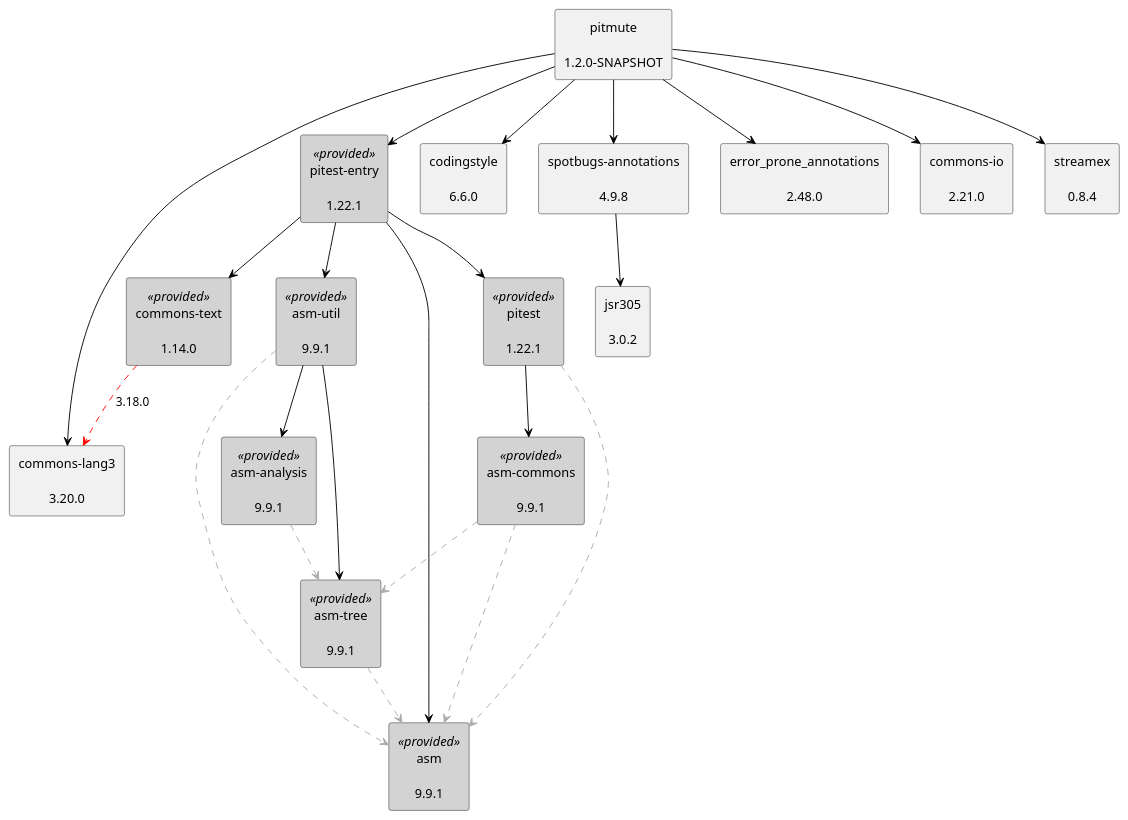
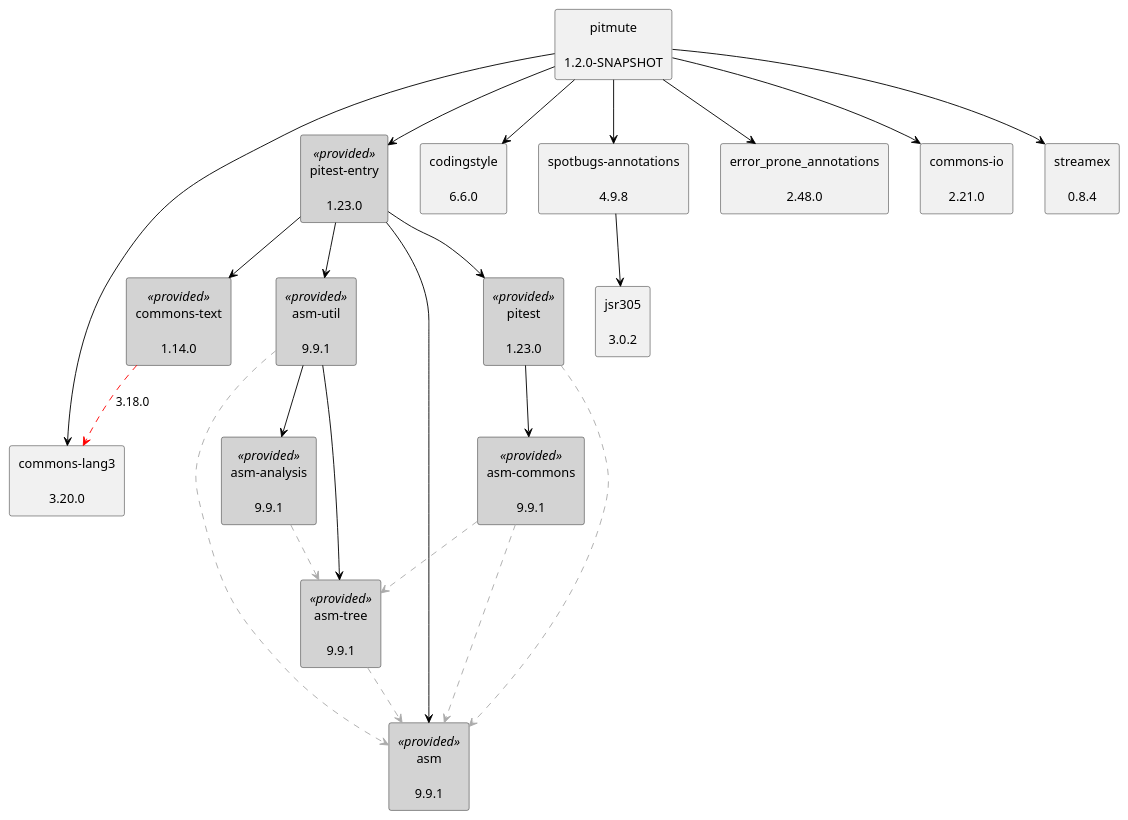
The diagram in doc/dependency-graph.puml (uhafner/pitmute), drawn with PlantUML before and after one commit.

Commit message:
Update dependency graph to latest versions from POM

```diff
--- a/doc/dependency-graph.puml
+++ b/doc/dependency-graph.puml
@@ -1,47 +1,47 @@
 @startuml
 skinparam defaultTextAlignment center
 skinparam rectangle {
   BackgroundColor<<optional>> beige
   BackgroundColor<<test>> lightGreen
   BackgroundColor<<runtime>> lightBlue
   BackgroundColor<<provided>> lightGray
 }
-rectangle "pitest\n\n1.22.1" as org_pitest_pitest_jar<<provided>>
+rectangle "pitest\n\n1.23.0" as org_pitest_pitest_jar<<provided>>
 rectangle "asm\n\n9.9.1" as org_ow2_asm_asm_jar<<provided>>
 rectangle "asm-commons\n\n9.9.1" as org_ow2_asm_asm_commons_jar<<provided>>
 rectangle "asm-tree\n\n9.9.1" as org_ow2_asm_asm_tree_jar<<provided>>
-rectangle "pitest-entry\n\n1.22.1" as org_pitest_pitest_entry_jar<<provided>>
+rectangle "pitest-entry\n\n1.23.0" as org_pitest_pitest_entry_jar<<provided>>
 rectangle "asm-util\n\n9.9.1" as org_ow2_asm_asm_util_jar<<provided>>
 rectangle "asm-analysis\n\n9.9.1" as org_ow2_asm_asm_analysis_jar<<provided>>
 rectangle "commons-text\n\n1.14.0" as org_apache_commons_commons_text_jar<<provided>>
 rectangle "commons-lang3\n\n3.20.0" as org_apache_commons_commons_lang3_jar
 rectangle "pitmute\n\n1.2.0-SNAPSHOT" as edu_hm_hafner_pitmute_jar
 rectangle "codingstyle\n\n6.6.0" as edu_hm_hafner_codingstyle_jar
 rectangle "spotbugs-annotations\n\n4.9.8" as com_github_spotbugs_spotbugs_annotations_jar
 rectangle "jsr305\n\n3.0.2" as com_google_code_findbugs_jsr305_jar
 rectangle "error_prone_annotations\n\n2.48.0" as com_google_errorprone_error_prone_annotations_jar
 rectangle "commons-io\n\n2.21.0" as commons_io_commons_io_jar
 rectangle "streamex\n\n0.8.4" as one_util_streamex_jar
 org_pitest_pitest_jar .[#ABABAB].> org_ow2_asm_asm_jar
 org_ow2_asm_asm_commons_jar .[#ABABAB].> org_ow2_asm_asm_jar
 org_ow2_asm_asm_commons_jar .[#ABABAB].> org_ow2_asm_asm_tree_jar
 org_pitest_pitest_jar -[#000000]-> org_ow2_asm_asm_commons_jar
 org_pitest_pitest_entry_jar -[#000000]-> org_pitest_pitest_jar
 org_pitest_pitest_entry_jar -[#000000]-> org_ow2_asm_asm_jar
 org_ow2_asm_asm_util_jar .[#ABABAB].> org_ow2_asm_asm_jar
 org_ow2_asm_asm_tree_jar .[#ABABAB].> org_ow2_asm_asm_jar
 org_ow2_asm_asm_util_jar -[#000000]-> org_ow2_asm_asm_tree_jar
 org_ow2_asm_asm_analysis_jar .[#ABABAB].> org_ow2_asm_asm_tree_jar
 org_ow2_asm_asm_util_jar -[#000000]-> org_ow2_asm_asm_analysis_jar
 org_pitest_pitest_entry_jar -[#000000]-> org_ow2_asm_asm_util_jar
 org_apache_commons_commons_text_jar .[#FF0000].> org_apache_commons_commons_lang3_jar: 3.18.0
 org_pitest_pitest_entry_jar -[#000000]-> org_apache_commons_commons_text_jar
 edu_hm_hafner_pitmute_jar -[#000000]-> org_pitest_pitest_entry_jar
 edu_hm_hafner_pitmute_jar -[#000000]-> edu_hm_hafner_codingstyle_jar
 com_github_spotbugs_spotbugs_annotations_jar -[#000000]-> com_google_code_findbugs_jsr305_jar
 edu_hm_hafner_pitmute_jar -[#000000]-> com_github_spotbugs_spotbugs_annotations_jar
 edu_hm_hafner_pitmute_jar -[#000000]-> com_google_errorprone_error_prone_annotations_jar
 edu_hm_hafner_pitmute_jar -[#000000]-> org_apache_commons_commons_lang3_jar
 edu_hm_hafner_pitmute_jar -[#000000]-> commons_io_commons_io_jar
 edu_hm_hafner_pitmute_jar -[#000000]-> one_util_streamex_jar
 @enduml
```
